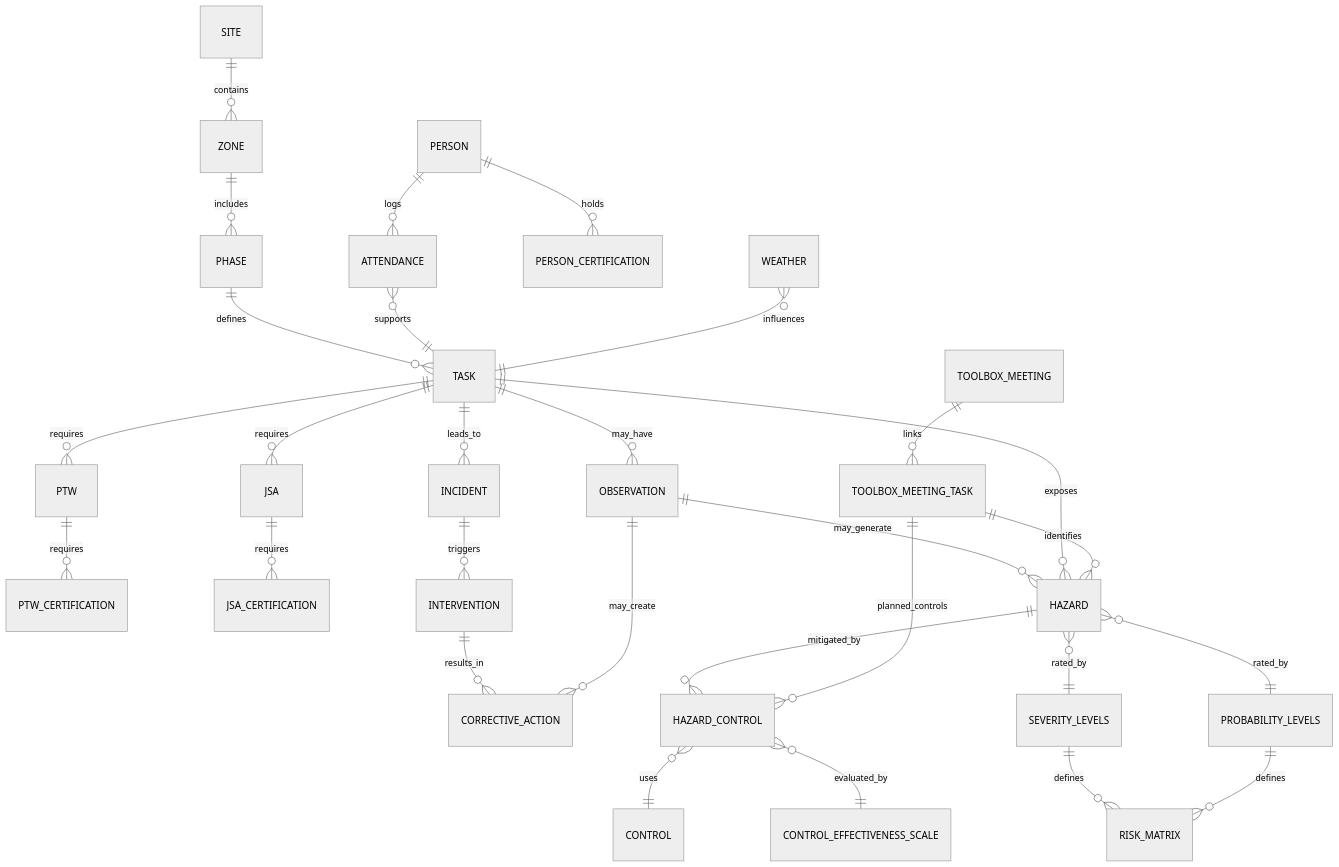
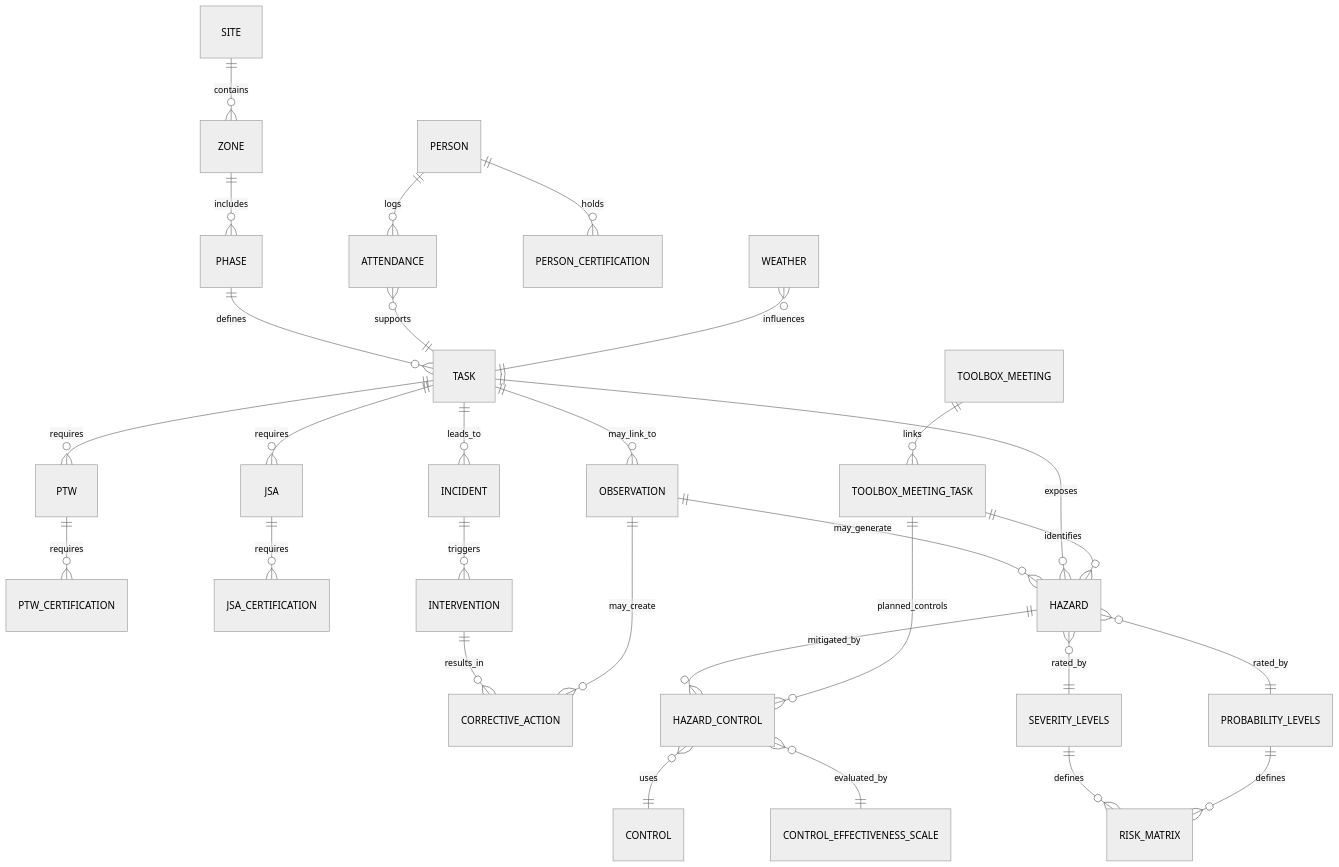
The second of 2 diagrams in README.md (Euchie23/Euchie23), drawn with Mermaid (neutral theme) before and after one commit.

````diff
--- a/README.md
+++ b/README.md
@@ -129,41 +129,41 @@
 ```mermaid
 erDiagram
     SITE ||--o{ ZONE : contains
     ZONE ||--o{ PHASE : includes
     PHASE ||--o{ TASK : defines
 
     PERSON ||--o{ ATTENDANCE : logs
     ATTENDANCE }o--|| TASK : supports
 
     TASK ||--o{ PTW : requires
     TASK ||--o{ JSA : requires
 
     PERSON ||--o{ PERSON_CERTIFICATION : holds
     PTW ||--o{ PTW_CERTIFICATION : requires
     JSA ||--o{ JSA_CERTIFICATION : requires
 
     TASK ||--o{ INCIDENT : leads_to
     INCIDENT ||--o{ INTERVENTION : triggers
     INTERVENTION ||--o{ CORRECTIVE_ACTION : results_in
 
-    TASK ||--o{ OBSERVATION  : may_have
+    TASK ||--o{ OBSERVATION  : may_link_to
     OBSERVATION ||--o{ HAZARD : may_generate
     OBSERVATION ||--o{ CORRECTIVE_ACTION : may_create
 
     TASK ||--o{ HAZARD : exposes
     HAZARD ||--o{ HAZARD_CONTROL : mitigated_by
     HAZARD_CONTROL }o--|| CONTROL : uses
 
     TOOLBOX_MEETING ||--o{ TOOLBOX_MEETING_TASK : links
     TOOLBOX_MEETING_TASK ||--o{ HAZARD : identifies
     TOOLBOX_MEETING_TASK ||--o{ HAZARD_CONTROL : planned_controls
 
     HAZARD }o--|| SEVERITY_LEVELS : rated_by
     HAZARD }o--|| PROBABILITY_LEVELS : rated_by
     SEVERITY_LEVELS ||--o{ RISK_MATRIX : defines
     PROBABILITY_LEVELS ||--o{ RISK_MATRIX : defines
 
     HAZARD_CONTROL }o--|| CONTROL_EFFECTIVENESS_SCALE : evaluated_by
 
     WEATHER }o--|| TASK : influences
 ```
````
